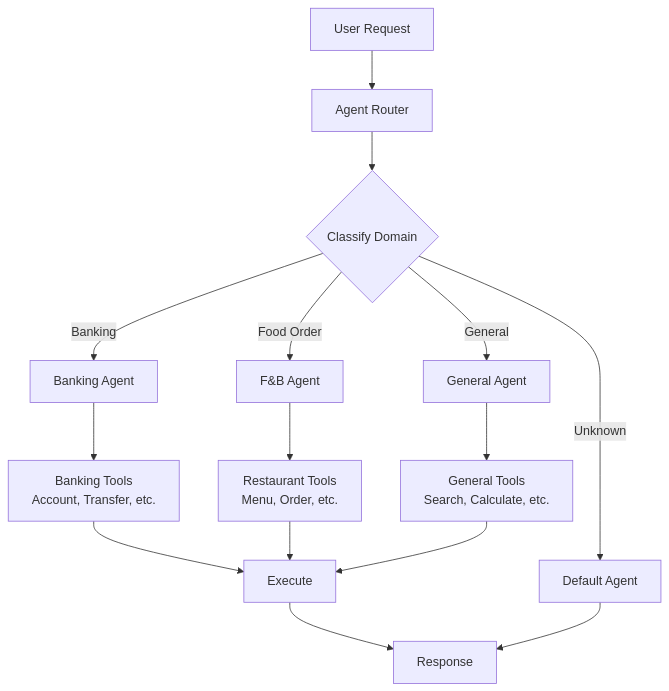
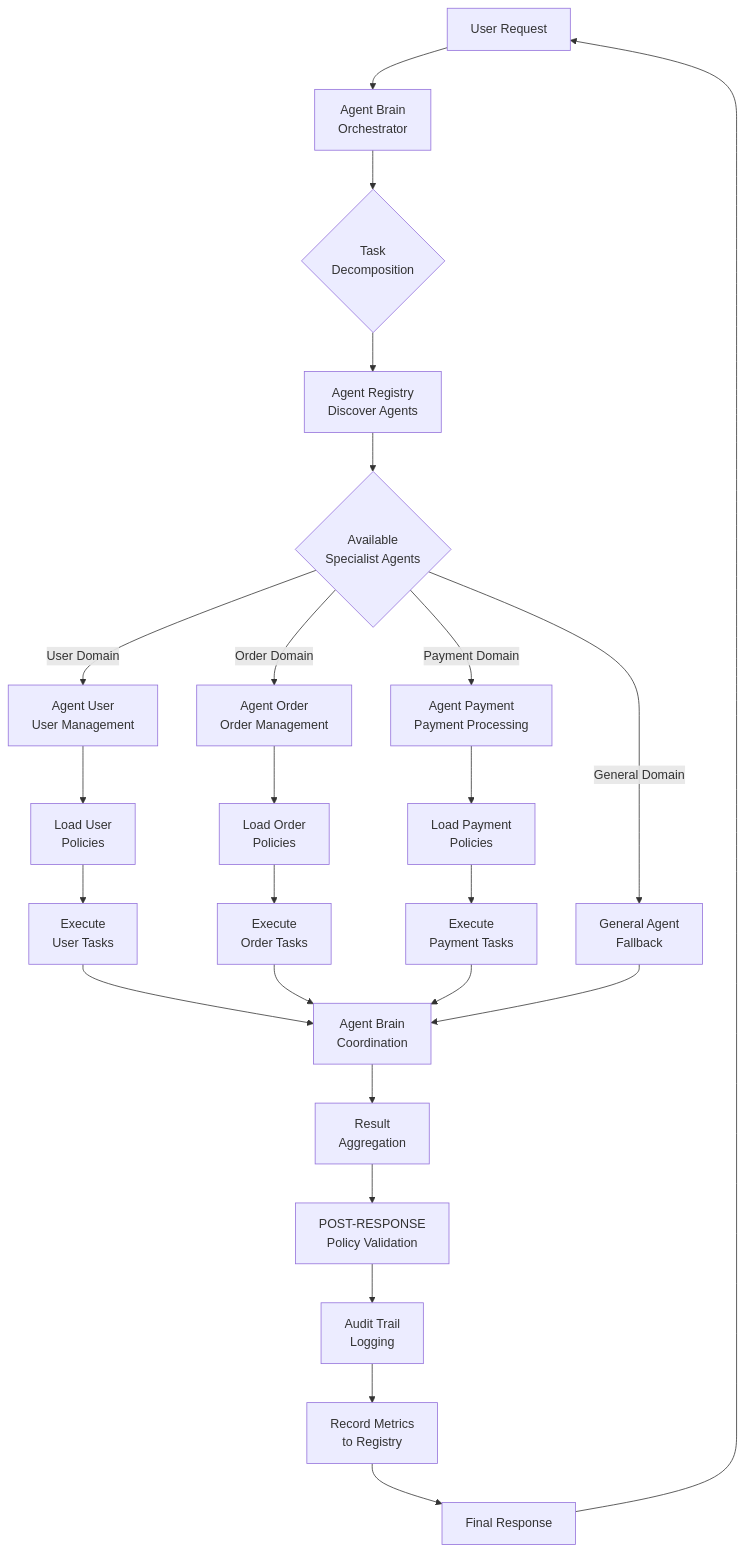
One commit to ptvinhtech13/micro-agent changed the eighth of 14 diagrams in docs/architecture/architecture_visual_mermaid.md. Above: the diagram before and after it, drawn with Mermaid. The commit also changed other lines of this file and 10 other files, not shown here.

````diff
--- a/docs/architecture/architecture_visual_mermaid.md
+++ b/docs/architecture/architecture_visual_mermaid.md
@@ -259,22 +367,40 @@
 ```mermaid
 graph TB
-    USER[User Request] --> ROUTER[Agent Router]
-    
-    ROUTER --> CLASSIFY{Classify Domain}
-    
-    CLASSIFY -->|Banking| BA[Banking Agent]
-    CLASSIFY -->|Food Order| FA[F&B Agent]
-    CLASSIFY -->|General| GA[General Agent]
-    CLASSIFY -->|Unknown| DA[Default Agent]
-    
-    BA --> TOOLS1[Banking Tools<br/>Account, Transfer, etc.]
-    FA --> TOOLS2[Restaurant Tools<br/>Menu, Order, etc.]
-    GA --> TOOLS3[General Tools<br/>Search, Calculate, etc.]
-    
-    TOOLS1 --> EXEC[Execute]
-    TOOLS2 --> EXEC
-    TOOLS3 --> EXEC
-    
-    EXEC --> RESPONSE[Response]
-    DA --> RESPONSE
+    USER[User Request] --> BRAIN[Agent Brain<br/>Orchestrator]
+
+    BRAIN --> DECOMPOSE{Task<br/>Decomposition}
+
+    DECOMPOSE --> REGISTRY[Agent Registry<br/>Discover Agents]
+
+    REGISTRY --> AGENTS{Available<br/>Specialist Agents}
+
+    AGENTS -->|User Domain| USER_AGENT[Agent User<br/>User Management]
+    AGENTS -->|Order Domain| ORDER_AGENT[Agent Order<br/>Order Management]
+    AGENTS -->|Payment Domain| PAY_AGENT[Agent Payment<br/>Payment Processing]
+    AGENTS -->|General Domain| GEN_AGENT[General Agent<br/>Fallback]
+
+    USER_AGENT --> POL_USER[Load User<br/>Policies]
+    ORDER_AGENT --> POL_ORDER[Load Order<br/>Policies]
+    PAY_AGENT --> POL_PAY[Load Payment<br/>Policies]
+
+    POL_USER --> EXEC_USER[Execute<br/>User Tasks]
+    POL_ORDER --> EXEC_ORDER[Execute<br/>Order Tasks]
+    POL_PAY --> EXEC_PAY[Execute<br/>Payment Tasks]
+
+    EXEC_USER --> COORD[Agent Brain<br/>Coordination]
+    EXEC_ORDER --> COORD
+    EXEC_PAY --> COORD
+    GEN_AGENT --> COORD
+
+    COORD --> AGGREGATE[Result<br/>Aggregation]
+
+    AGGREGATE --> POLICY_CHECK[POST-RESPONSE<br/>Policy Validation]
+
+    POLICY_CHECK --> AUDIT[Audit Trail<br/>Logging]
+
+    AUDIT --> METRICS[Record Metrics<br/>to Registry]
+
+    METRICS --> RESPONSE[Final Response]
+
+    RESPONSE --> USER
 ```
````
